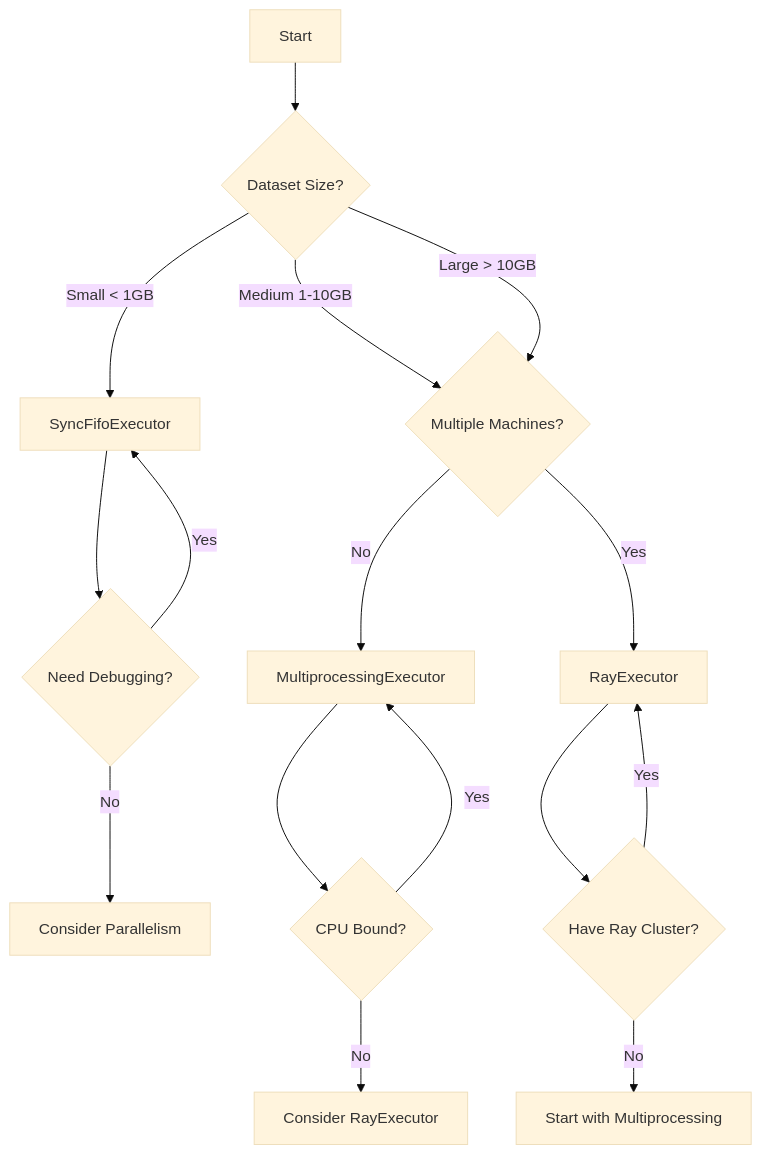
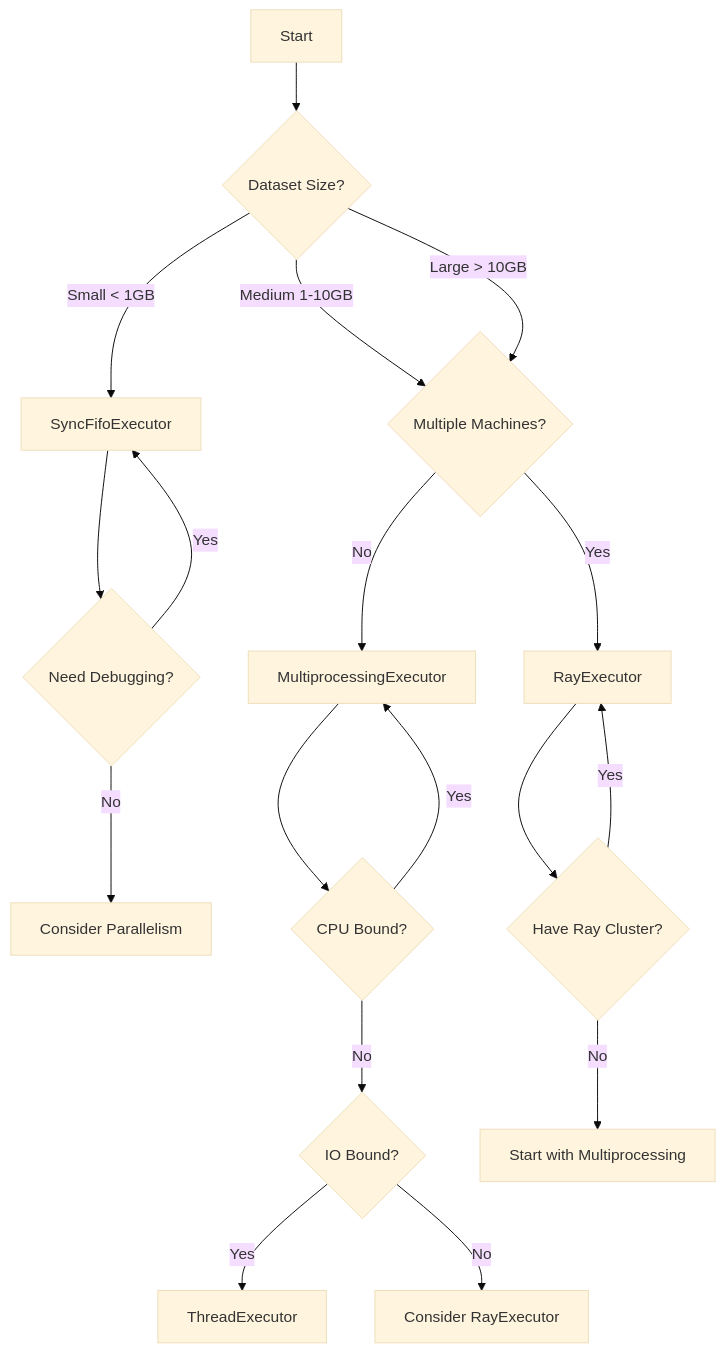
Before and after one commit to albertobadia/zoopipe: the diagram in docs/executors.md, drawn with Mermaid (base theme). The commit also changed other lines of this file and 7 other files, not shown here.

Commit message:
ADD: Thread executor

````diff
--- a/docs/executors.md
+++ b/docs/executors.md
@@ -224,21 +256,23 @@
 ```mermaid
 graph TD
     A[Start] --> B{Dataset Size?}
     B -->|Small < 1GB| C[SyncFifoExecutor]
     B -->|Medium 1-10GB| D{Multiple Machines?}
     B -->|Large > 10GB| D
     D -->|No| E[MultiprocessingExecutor]
     D -->|Yes| F[RayExecutor]
     
     C --> G{Need Debugging?}
     G -->|Yes| C
     G -->|No| H[Consider Parallelism]
     
     E --> I{CPU Bound?}
     I -->|Yes| E
-    I -->|No| J[Consider RayExecutor]
+    I -->|No| J{IO Bound?}
+    J -->|Yes| M[ThreadExecutor]
+    J -->|No| N[Consider RayExecutor]
     
     F --> K{Have Ray Cluster?}
     K -->|Yes| F
     K -->|No| L[Start with Multiprocessing]
 ```
````
